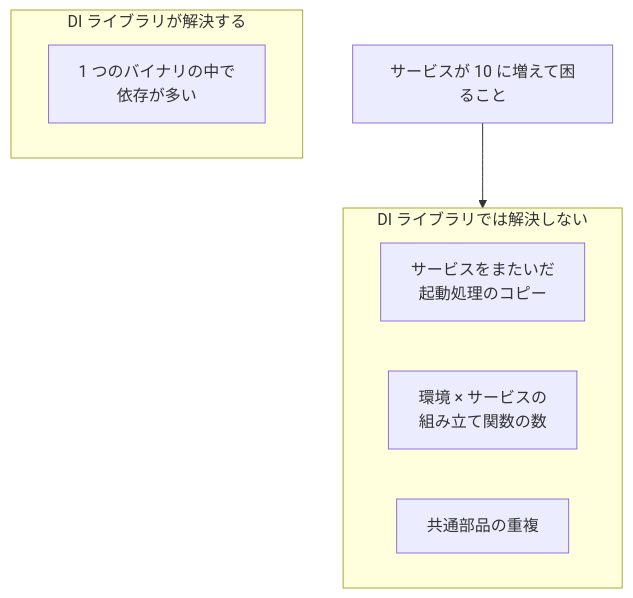
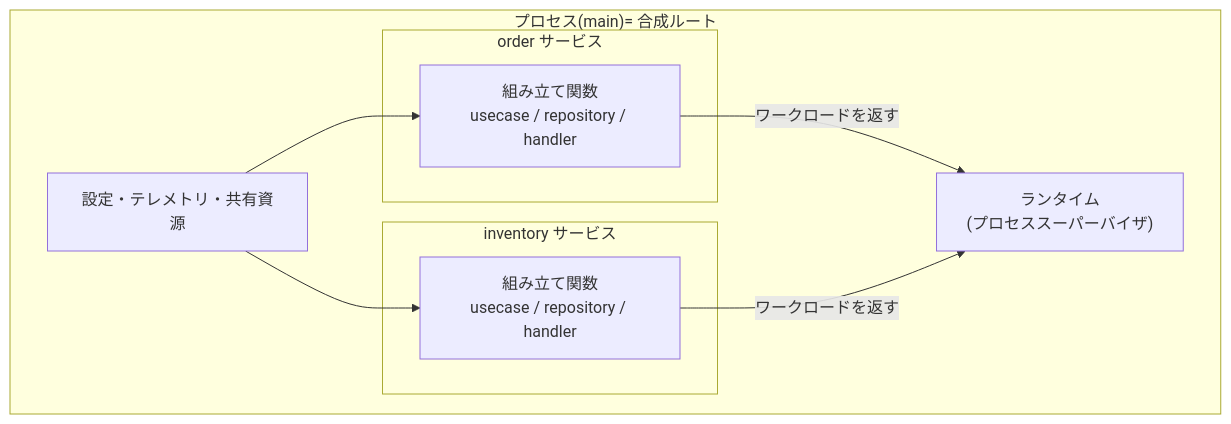
One commit to rikukaInoue/rikukadev changed the first of 4 diagrams in src/content/blog/go-di-library-when.mdx. Above: the diagram before and after it, drawn with Mermaid. The commit also changed other lines of this file, not shown here.

````diff
--- a/src/content/blog/go-di-library-when.mdx
+++ b/src/content/blog/go-di-library-when.mdx
@@ -297,12 +218,17 @@
 ```mermaid
 graph TB
-    subgraph di["DI ライブラリが解決する"]
-        D1["1 つのバイナリの中で<br/>依存が多い"]
+    subgraph process["プロセス(main)= 合成ルート"]
+        CFG["設定・テレメトリ・共有資源"]
+        subgraph svcA["order サービス"]
+            AA["組み立て関数<br/>usecase / repository / handler"]
+        end
+        subgraph svcB["inventory サービス"]
+            BA["組み立て関数<br/>usecase / repository / handler"]
+        end
+        RT["ランタイム<br/>(プロセススーパーバイザ)"]
     end
-    subgraph notdi["DI ライブラリでは解決しない"]
-        N1["サービスをまたいだ<br/>起動処理のコピー"]
-        N2["環境 × サービスの<br/>組み立て関数の数"]
-        N3["共通部品の重複"]
-    end
-    TEN["サービスが 10 に増えて困ること"] --> notdi
+    CFG --> AA
+    CFG --> BA
+    AA -->|"ワークロードを返す"| RT
+    BA -->|"ワークロードを返す"| RT
 ```
````
